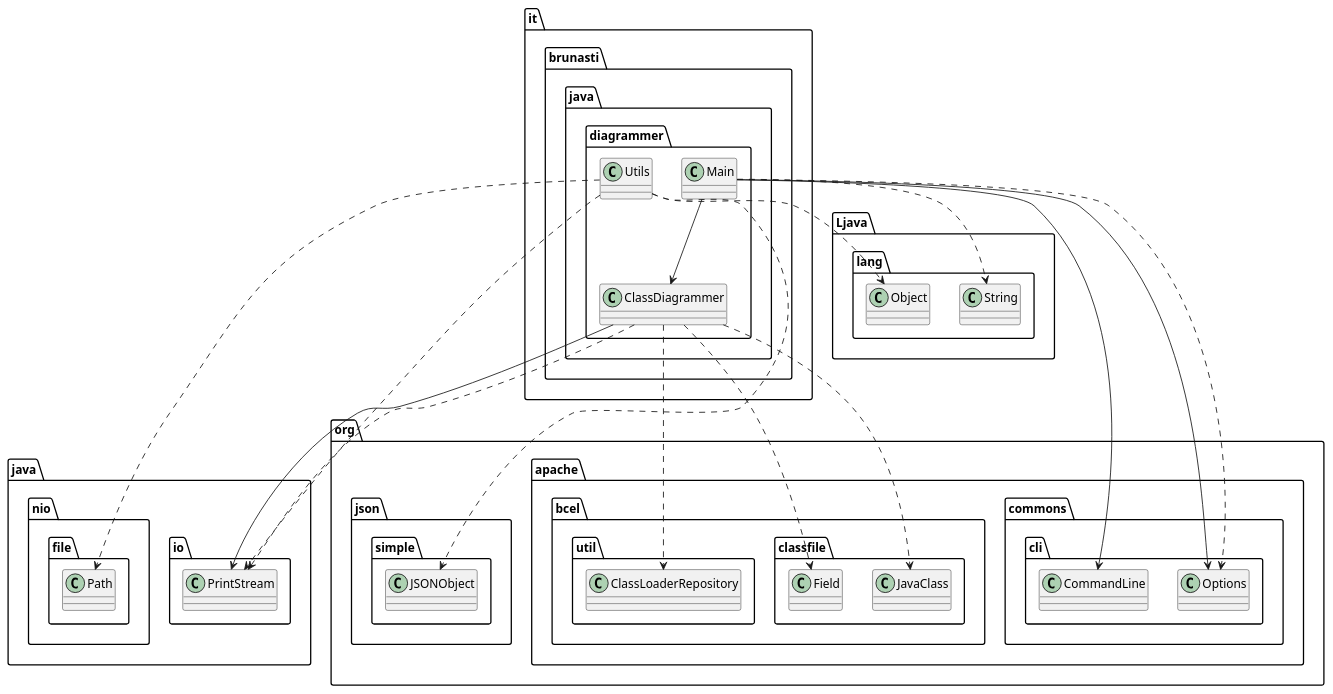
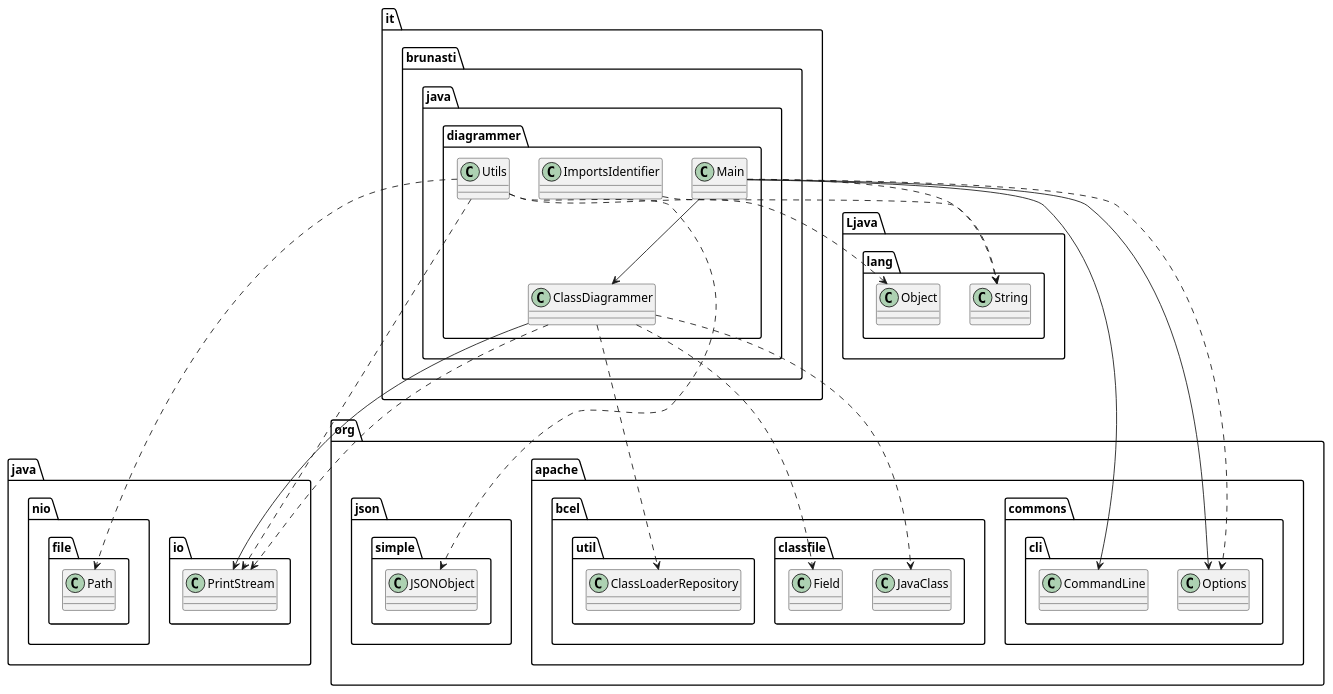
The diagram in temp/output.puml (brunasti/java-diagrammer), drawn with PlantUML before and after one commit. The commit also changed 5 other files, not shown here.

```diff
--- a/temp/output.puml
+++ b/temp/output.puml
@@ -1,45 +1,48 @@
 @startuml
 'https://plantuml.com/class-diagram
 
 ' GENERATE CLASS DIAGRAM ===========
 ' Generator     : it.brunasti.java.diagrammer.ClassDiagrammer
 ' Path          : [./target/classes]
 ' Configuration : [./temp/config.json]
-' Generated at  : Mon Mar 25 09:32:58 CET 2024
+' Generated at  : Mon Mar 25 13:13:47 CET 2024
 
 
 
 ' CLASSES =======
 class it.brunasti.java.diagrammer.ClassDiagrammer
 class it.brunasti.java.diagrammer.Utils
 class it.brunasti.java.diagrammer.Main
+class it.brunasti.java.diagrammer.ImportsIdentifier
 
 ' INHERITANCES =======
 
 ' IMPLEMENT INTERFACE =======
 
 ' FIELDS =======
 it.brunasti.java.diagrammer.ClassDiagrammer --> java.io.PrintStream
 it.brunasti.java.diagrammer.Main --> org.apache.commons.cli.CommandLine
 it.brunasti.java.diagrammer.Main --> it.brunasti.java.diagrammer.ClassDiagrammer
 it.brunasti.java.diagrammer.Main --> org.apache.commons.cli.Options
 
 ' USES =======
 it.brunasti.java.diagrammer.ClassDiagrammer ..> java.io.PrintStream
 it.brunasti.java.diagrammer.ClassDiagrammer ..> org.apache.bcel.classfile.JavaClass
 it.brunasti.java.diagrammer.ClassDiagrammer ..> org.apache.bcel.classfile.Field
 it.brunasti.java.diagrammer.ClassDiagrammer ..> org.apache.bcel.util.ClassLoaderRepository
 it.brunasti.java.diagrammer.Utils ..> Ljava.lang.Object
 it.brunasti.java.diagrammer.Utils ..> java.io.PrintStream
 it.brunasti.java.diagrammer.Utils ..> org.json.simple.JSONObject
 it.brunasti.java.diagrammer.Utils ..> java.nio.file.Path
 it.brunasti.java.diagrammer.Main ..> Ljava.lang.String
 it.brunasti.java.diagrammer.Main ..> org.apache.commons.cli.Options
+it.brunasti.java.diagrammer.ImportsIdentifier ..> Ljava.lang.String
 
 ' IMPORTS =======
 ' it.brunasti.java.diagrammer.ClassDiagrammer
 ' it.brunasti.java.diagrammer.Utils
 ' it.brunasti.java.diagrammer.Main
+' it.brunasti.java.diagrammer.ImportsIdentifier
 
 
 @enduml
```
